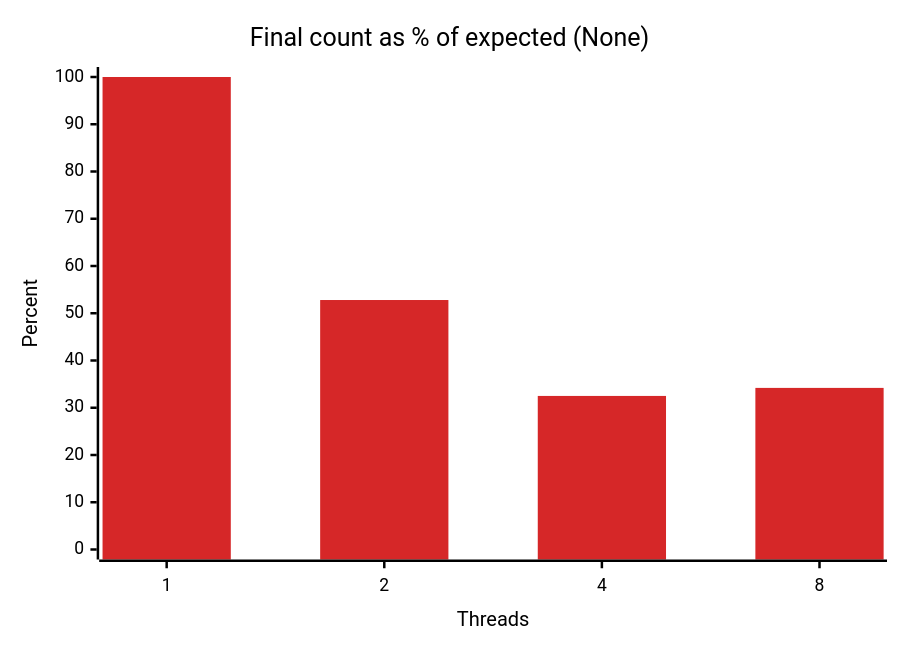
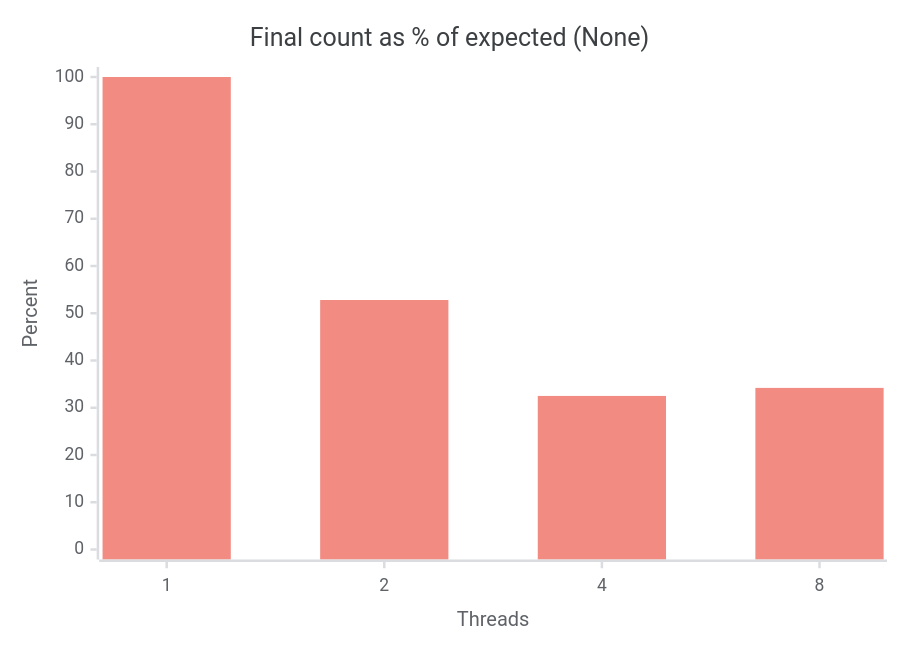
The fifth of 5 diagrams in README.md (chaitanya-m5/parallel-sync-mechanisms), drawn with Mermaid before and after one commit. The commit also changed other lines of this file, not shown here.

````diff
--- a/README.md
+++ b/README.md
@@ -234,8 +234,8 @@
 ```mermaid
-%%{init: {"theme":"base","themeVariables":{"xyChart":{"backgroundColor":"#ffffff","titleColor":"#000000","xAxisLabelColor":"#000000","xAxisTitleColor":"#000000","xAxisTickColor":"#000000","xAxisLineColor":"#000000","yAxisLabelColor":"#000000","yAxisTitleColor":"#000000","yAxisTickColor":"#000000","yAxisLineColor":"#000000","plotColorPalette":"#d62728"}}}}%%
+%%{init: {"theme":"base","themeVariables":{"xyChart":{"backgroundColor":"#ffffff","titleColor":"#3c4043","xAxisLabelColor":"#5f6368","xAxisTitleColor":"#5f6368","xAxisTickColor":"#dadce0","xAxisLineColor":"#dadce0","yAxisLabelColor":"#5f6368","yAxisTitleColor":"#5f6368","yAxisTickColor":"#dadce0","yAxisLineColor":"#dadce0","plotColorPalette":"#f28b82"}}}}%%
 xychart-beta
     title "Final count as % of expected (None)"
     x-axis "Threads" [1, 2, 4, 8]
     y-axis "Percent" 0 --> 100
     bar [100, 52.8, 32.5, 34.2]
 ```
````
